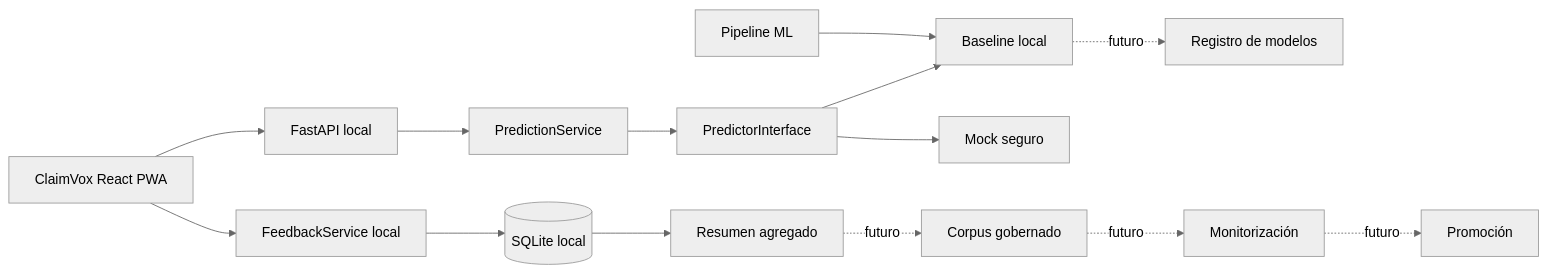
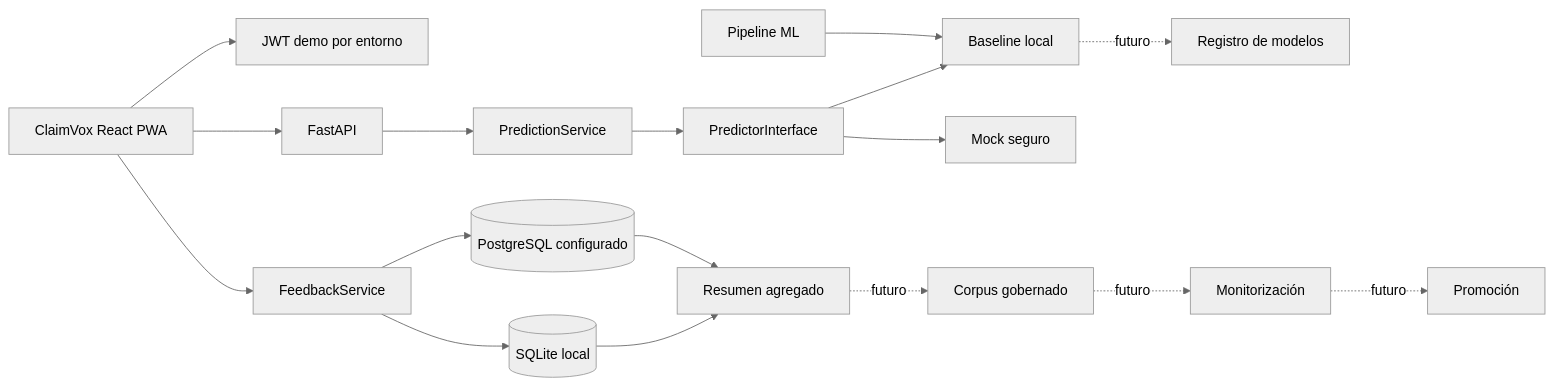
One commit to Bootcamp-IA-MAD-P7/Proyecto6-Grupo1 changed the diagram in docs/architecture/system_blueprint.md. Above: the diagram before and after it, drawn with Mermaid (neutral theme). The commit also changed other lines of this file and 63 other files, not shown here.

Commit message:
fix: finalize audited ClaimVox dev state (#77)

````diff
--- a/docs/architecture/system_blueprint.md
+++ b/docs/architecture/system_blueprint.md
@@ -11,16 +11,19 @@
 ```mermaid
 flowchart LR
-    UI[ClaimVox React PWA] --> API[FastAPI local]
+    UI[ClaimVox React PWA] --> AUTH[JWT demo por entorno]
+    UI --> API[FastAPI]
     API --> APP[PredictionService]
     APP --> PORTS[PredictorInterface]
     PORTS --> MODEL[Baseline local]
     PORTS --> MOCK[Mock seguro]
     ML[Pipeline ML] --> MODEL
-    UI --> FEEDBACK[FeedbackService local]
-    FEEDBACK --> DB[(SQLite local)]
-    DB --> SUMMARY[Resumen agregado]
+    UI --> FEEDBACK[FeedbackService]
+    FEEDBACK --> SQLITE[(SQLite local)]
+    FEEDBACK --> PG[(PostgreSQL configurado)]
+    SQLITE --> SUMMARY[Resumen agregado]
+    PG --> SUMMARY
     MODEL -. futuro .-> REGISTRY[Registro de modelos]
     SUMMARY -. futuro .-> CORPUS[Corpus gobernado]
     CORPUS -. futuro .-> MONITOR[Monitorización]
     MONITOR -. futuro .-> PROMOTION[Promoción]
 ```
````
